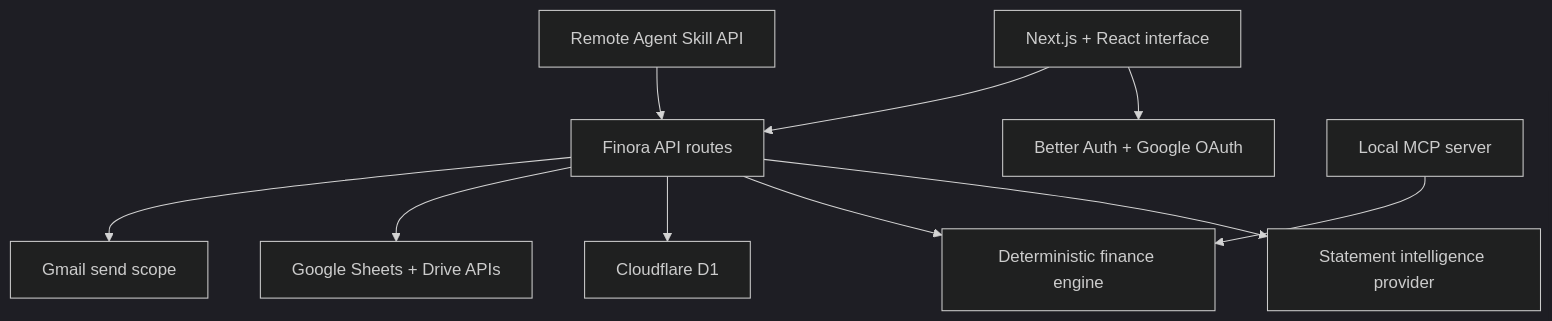
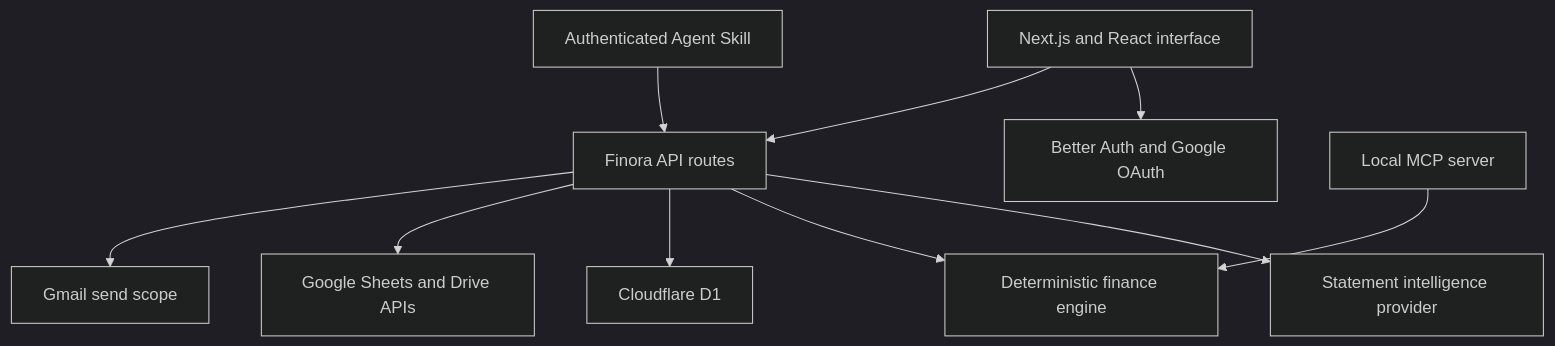
One commit to AdarshSingh-ASR/Finora changed the third of 3 diagrams in README.md. Above: the diagram before and after it, drawn with Mermaid (dark theme). The commit also changed other lines of this file and 17 other files, not shown here.

````diff
--- a/README.md
+++ b/README.md
@@ -99,23 +114,23 @@
 ```mermaid
 flowchart TB
-    UI["Next.js + React interface"]
-    AUTH["Better Auth + Google OAuth"]
+    UI["Next.js and React interface"]
+    AUTH["Better Auth and Google OAuth"]
     API["Finora API routes"]
     AI["Statement intelligence provider"]
     CORE["Deterministic finance engine"]
     DB["Cloudflare D1"]
-    SHEETS["Google Sheets + Drive APIs"]
+    SHEETS["Google Sheets and Drive APIs"]
     GMAIL["Gmail send scope"]
     MCP["Local MCP server"]
-    SKILL["Remote Agent Skill API"]
+    SKILL["Authenticated Agent Skill"]
 
     UI --> AUTH
     UI --> API
     API --> AI
     API --> CORE
     API --> DB
     API --> SHEETS
     API --> GMAIL
     MCP --> CORE
     SKILL --> API
 ```
````
